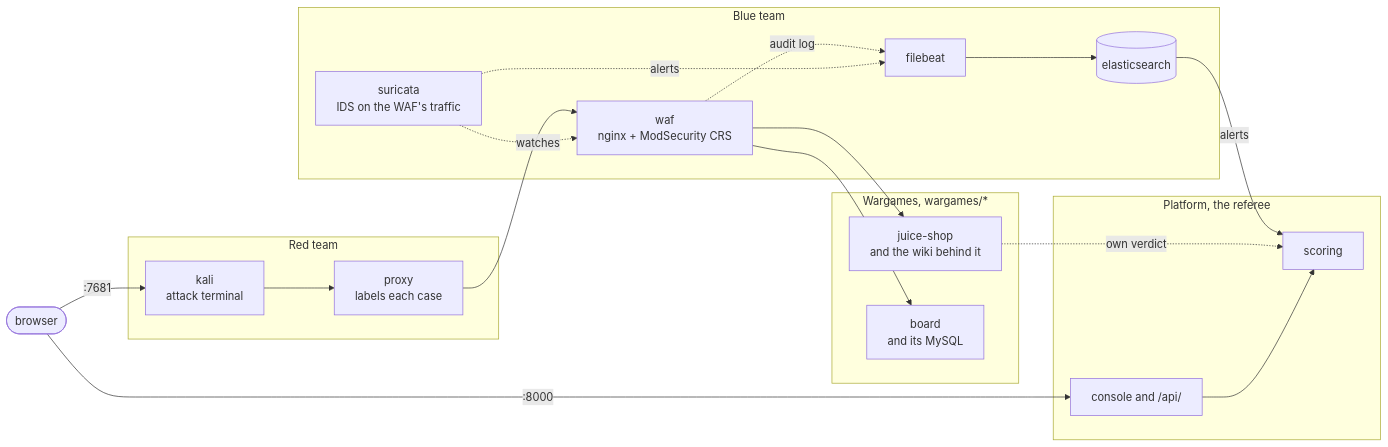
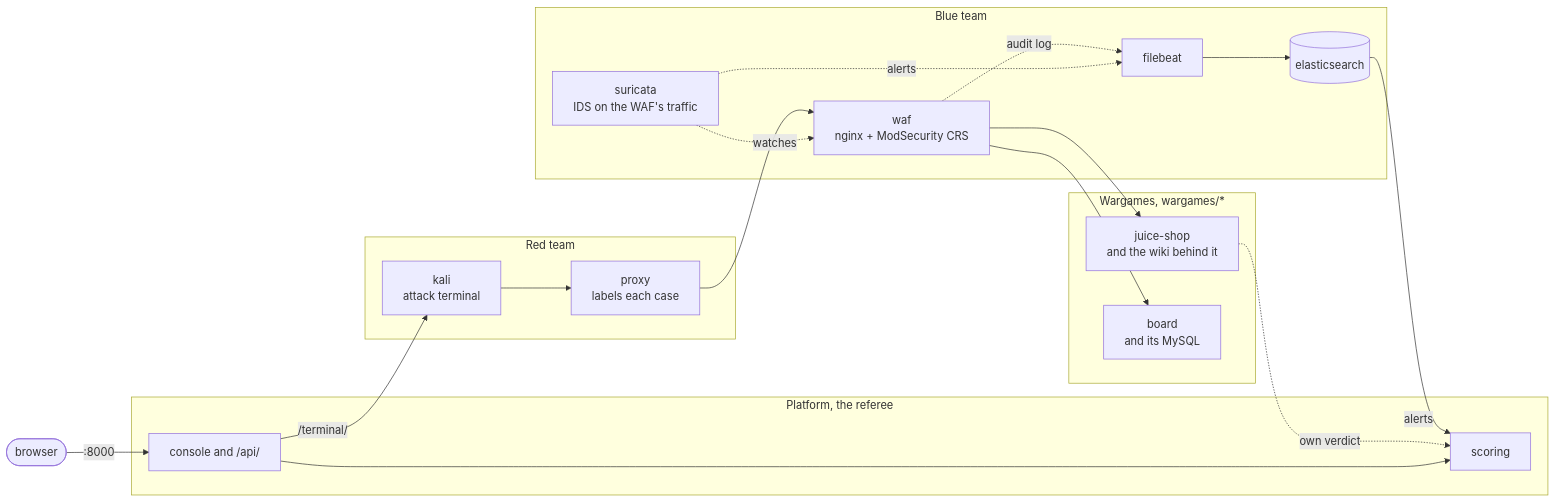
Before and after one commit to Nekonic/fsl-project-mvp: the second of 2 diagrams in README.md, drawn with Mermaid. The commit also changed other lines of this file and 13 other files, not shown here.

````diff
--- a/README.md
+++ b/README.md
@@ -58,40 +58,40 @@
 ```mermaid
 flowchart LR
   person(["browser"])
 
   subgraph red["Red team"]
     kali["kali<br/>attack terminal"]
     proxy["proxy<br/>labels each case"]
   end
 
   subgraph blue["Blue team"]
     waf["waf<br/>nginx + ModSecurity CRS"]
     suricata["suricata<br/>IDS on the WAF's traffic"]
     filebeat["filebeat"]
     es[("elasticsearch")]
   end
 
   subgraph wargames["Wargames, wargames/*"]
     juice["juice-shop<br/>and the wiki behind it"]
     board["board<br/>and its MySQL"]
   end
 
   subgraph platform["Platform, the referee"]
     console["console and /api/"]
     scoring["scoring"]
   end
 
-  person -->|":7681"| kali
   person -->|":8000"| console
+  console -->|"/terminal/"| kali
   kali --> proxy
   proxy --> waf
   waf --> juice
   waf --> board
   suricata -.->|watches| waf
   waf -.->|audit log| filebeat
   suricata -.->|alerts| filebeat
   filebeat --> es
   es -->|alerts| scoring
   juice -.->|own verdict| scoring
   console --> scoring
 ```
````
